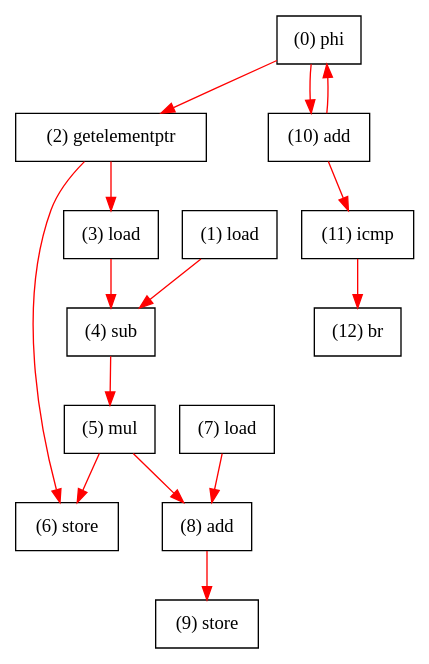
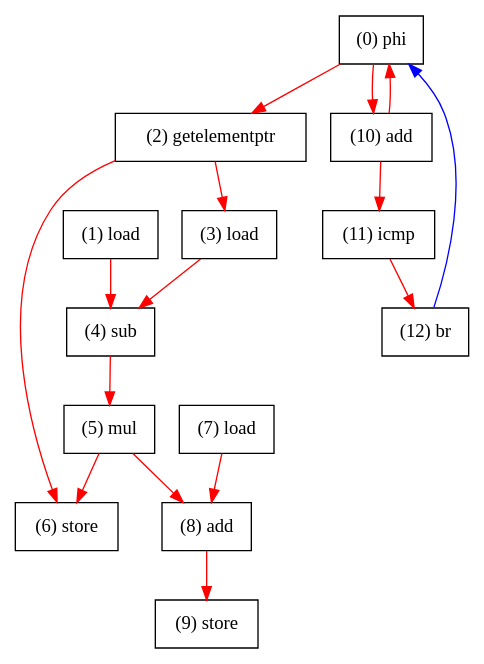
One commit to tancheng/g-fpin changed the diagram in benchmark/miniFE/gather1/kernel_org.dot. Above: the diagram before and after it, drawn with Graphviz. The commit also changed 34 other files, not shown here.

```diff
--- a/benchmark/miniFE/gather1/kernel_org.dot
+++ b/benchmark/miniFE/gather1/kernel_org.dot
@@ -1,30 +1,32 @@
 digraph "DFG for'kernel' function" {
 	Node0phi[shape=record, label="(0) phi"];
 	Node1load[shape=record, label="(1) load"];
 	Node2getelementptr[shape=record, label="(2) getelementptr"];
 	Node3load[shape=record, label="(3) load"];
 	Node4sub[shape=record, label="(4) sub"];
 	Node5mul[shape=record, label="(5) mul"];
 	Node6store[shape=record, label="(6) store"];
 	Node7load[shape=record, label="(7) load"];
 	Node8add[shape=record, label="(8) add"];
 	Node9store[shape=record, label="(9) store"];
 	Node10add[shape=record, label="(10) add"];
 	Node11icmp[shape=record, label="(11) icmp"];
 	Node12br[shape=record, label="(12) br"];
+edge [color=blue]
+	Node12br -> Node0phi
 edge [color=red]
 	Node10add -> Node0phi
 	Node0phi -> Node2getelementptr
 	Node2getelementptr -> Node3load
 	Node3load -> Node4sub
 	Node1load -> Node4sub
 	Node4sub -> Node5mul
 	Node5mul -> Node6store
 	Node2getelementptr -> Node6store
 	Node7load -> Node8add
 	Node5mul -> Node8add
 	Node8add -> Node9store
 	Node0phi -> Node10add
 	Node10add -> Node11icmp
 	Node11icmp -> Node12br
 }
```
